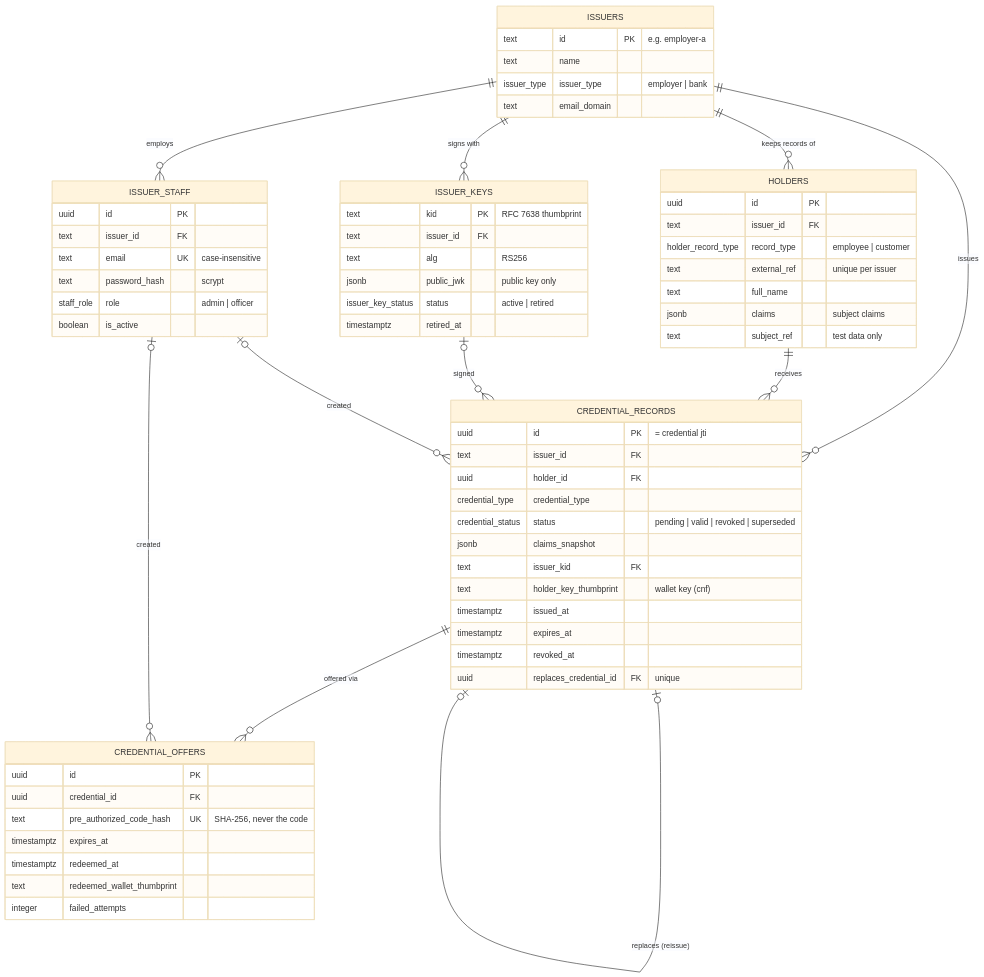
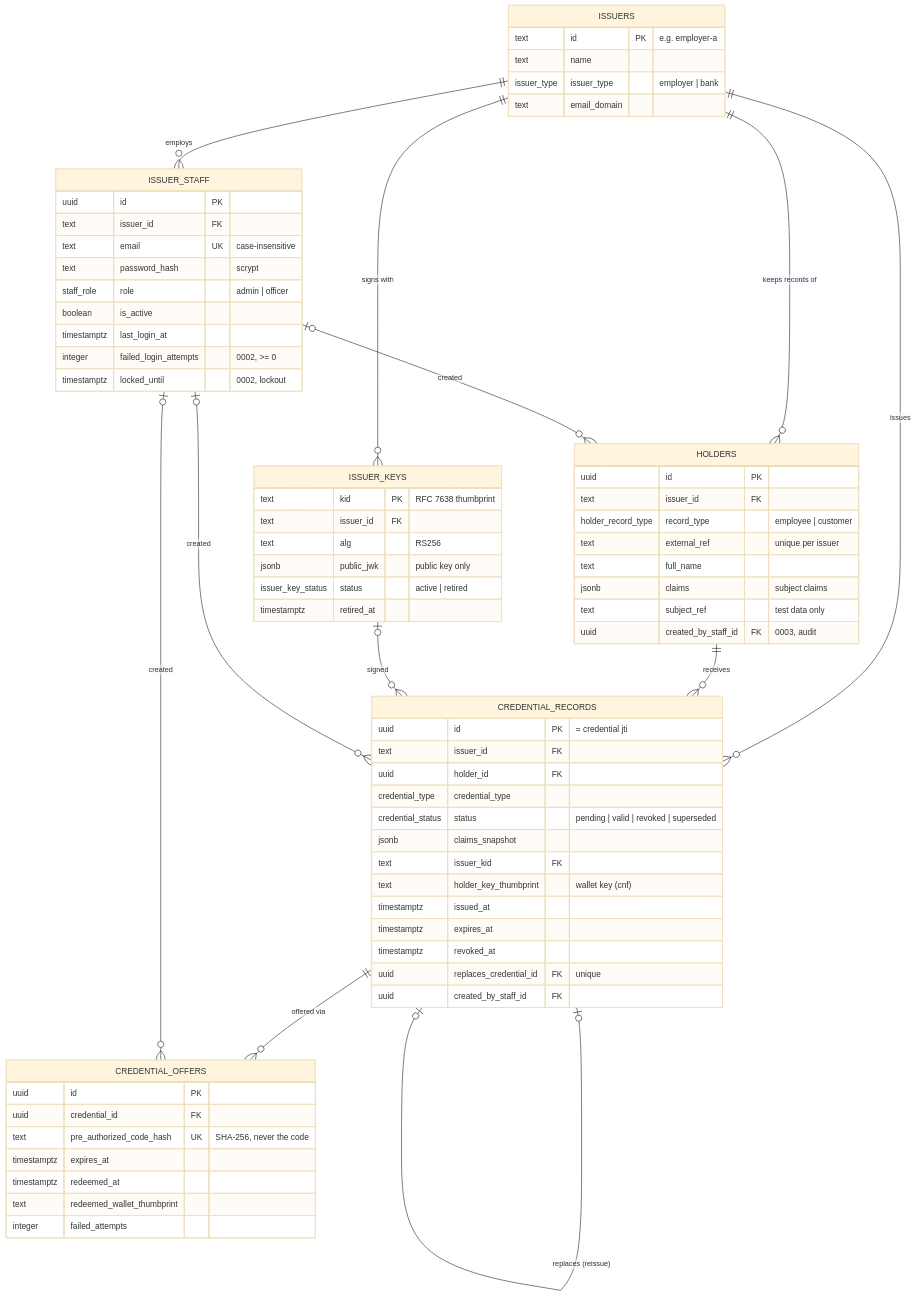
Before and after one commit to Thisathgeemal/UniVault: the diagram in docs/database/database-design.md, drawn with Mermaid (base theme). The commit also changed other lines of this file and 33 other files, not shown here.

````diff
--- a/docs/database/database-design.md
+++ b/docs/database/database-design.md
@@ -18,68 +18,74 @@
 ```mermaid
 erDiagram
     ISSUERS ||--o{ ISSUER_KEYS : "signs with"
     ISSUERS ||--o{ ISSUER_STAFF : employs
     ISSUERS ||--o{ HOLDERS : "keeps records of"
     ISSUERS ||--o{ CREDENTIAL_RECORDS : issues
     HOLDERS ||--o{ CREDENTIAL_RECORDS : "receives"
     ISSUER_KEYS |o--o{ CREDENTIAL_RECORDS : "signed"
     CREDENTIAL_RECORDS |o--o| CREDENTIAL_RECORDS : "replaces (reissue)"
     CREDENTIAL_RECORDS ||--o{ CREDENTIAL_OFFERS : "offered via"
+    ISSUER_STAFF |o--o{ HOLDERS : "created"
     ISSUER_STAFF |o--o{ CREDENTIAL_RECORDS : "created"
     ISSUER_STAFF |o--o{ CREDENTIAL_OFFERS : "created"
 
     ISSUERS {
         text id PK "e.g. employer-a"
         text name
         issuer_type issuer_type "employer | bank"
         text email_domain
     }
     ISSUER_KEYS {
         text kid PK "RFC 7638 thumbprint"
         text issuer_id FK
         text alg "RS256"
         jsonb public_jwk "public key only"
         issuer_key_status status "active | retired"
         timestamptz retired_at
     }
     ISSUER_STAFF {
         uuid id PK
         text issuer_id FK
         text email UK "case-insensitive"
         text password_hash "scrypt"
         staff_role role "admin | officer"
         boolean is_active
+        timestamptz last_login_at
+        integer failed_login_attempts "0002, >= 0"
+        timestamptz locked_until "0002, lockout"
     }
     HOLDERS {
         uuid id PK
         text issuer_id FK
         holder_record_type record_type "employee | customer"
         text external_ref "unique per issuer"
         text full_name
         jsonb claims "subject claims"
         text subject_ref "test data only"
+        uuid created_by_staff_id FK "0003, audit"
     }
     CREDENTIAL_RECORDS {
         uuid id PK "= credential jti"
         text issuer_id FK
         uuid holder_id FK
         credential_type credential_type
         credential_status status "pending | valid | revoked | superseded"
         jsonb claims_snapshot
         text issuer_kid FK
         text holder_key_thumbprint "wallet key (cnf)"
         timestamptz issued_at
         timestamptz expires_at
         timestamptz revoked_at
         uuid replaces_credential_id FK "unique"
+        uuid created_by_staff_id FK
     }
     CREDENTIAL_OFFERS {
         uuid id PK
         uuid credential_id FK
         text pre_authorized_code_hash UK "SHA-256, never the code"
         timestamptz expires_at
         timestamptz redeemed_at
         text redeemed_wallet_thumbprint
         integer failed_attempts
     }
 ```
````
